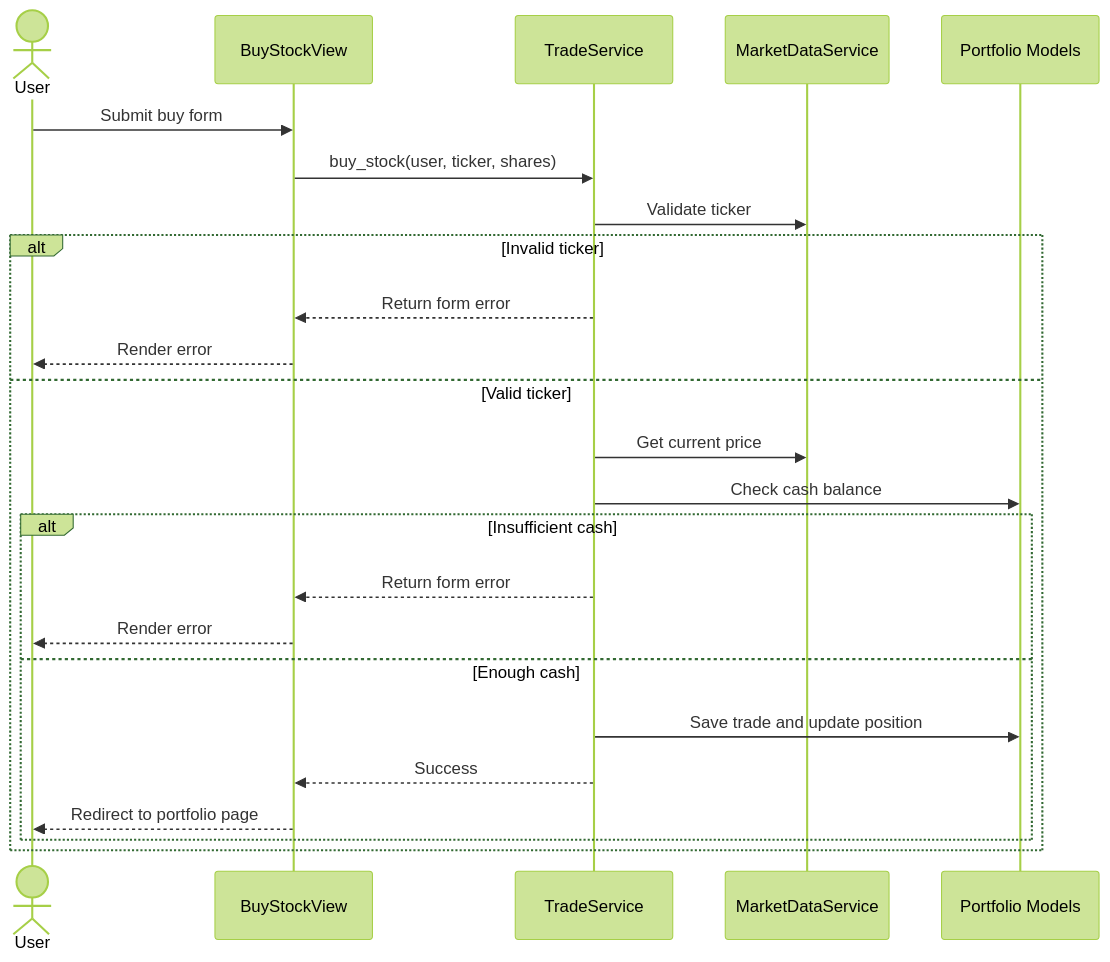
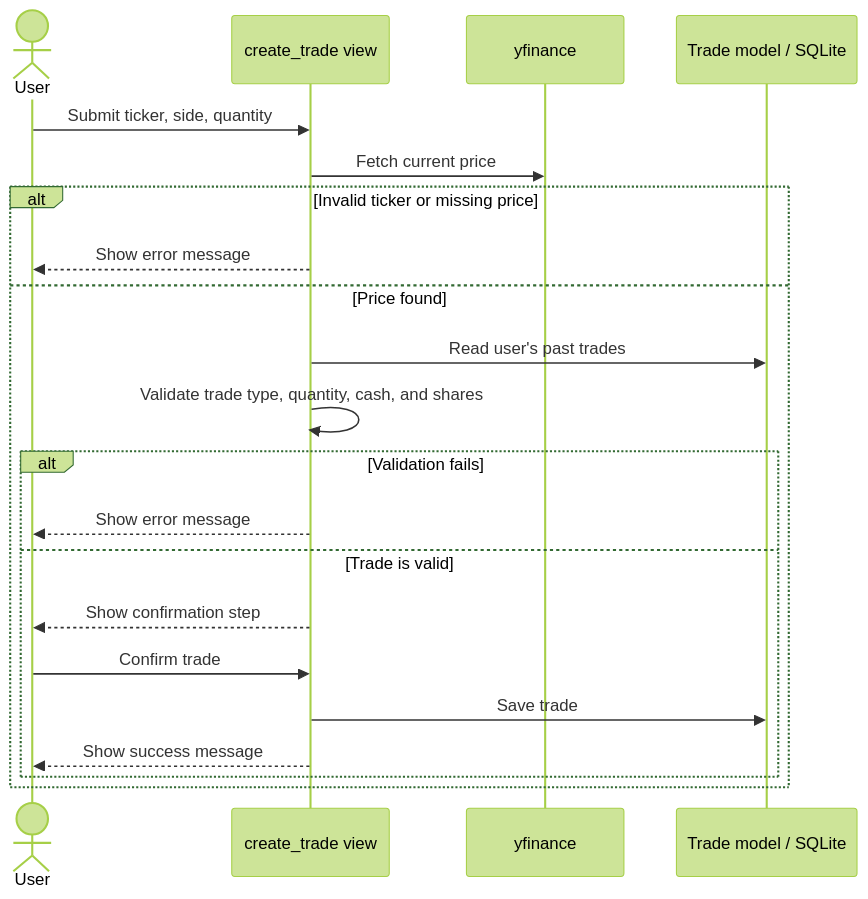
The diagram in Mermaid Diagrams/trade-sequence.mmd (noahstephenson/Paper-Trading-App), drawn with Mermaid (forest theme) before and after one commit. The commit also changed 11 other files, not shown here.

Commit message:
Improve trade confirmation flow and project docs

```diff
--- a/Mermaid Diagrams/trade-sequence.mmd
+++ b/Mermaid Diagrams/trade-sequence.mmd
@@ -1,28 +1,24 @@
 sequenceDiagram
     actor User
-    participant BuyStockView
-    participant TradeService
-    participant MarketDataService
-    participant PortfolioDB as Portfolio Models
+    participant TradeView as create_trade view
+    participant YFinance as yfinance
+    participant TradeDB as Trade model / SQLite
 
-    User->>BuyStockView: Submit buy form
-    BuyStockView->>TradeService: buy_stock(user, ticker, shares)
+    User->>TradeView: Submit ticker, side, quantity
+    TradeView->>YFinance: Fetch current price
 
-    TradeService->>MarketDataService: Validate ticker
-    alt Invalid ticker
-        TradeService-->>BuyStockView: Return form error
-        BuyStockView-->>User: Render error
-    else Valid ticker
-        TradeService->>MarketDataService: Get current price
+    alt Invalid ticker or missing price
+        TradeView-->>User: Show error message
+    else Price found
+        TradeView->>TradeDB: Read user's past trades
+        TradeView->>TradeView: Validate trade type, quantity, cash, and shares
 
-        TradeService->>PortfolioDB: Check cash balance
-
-        alt Insufficient cash
-            TradeService-->>BuyStockView: Return form error
-            BuyStockView-->>User: Render error
-        else Enough cash
-            TradeService->>PortfolioDB: Save trade and update position
-            TradeService-->>BuyStockView: Success
-            BuyStockView-->>User: Redirect to portfolio page
+        alt Validation fails
+            TradeView-->>User: Show error message
+        else Trade is valid
+            TradeView-->>User: Show confirmation step
+            User->>TradeView: Confirm trade
+            TradeView->>TradeDB: Save trade
+            TradeView-->>User: Show success message
         end
     end
```
